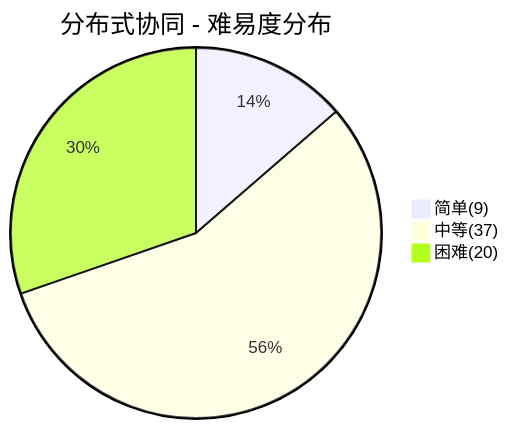
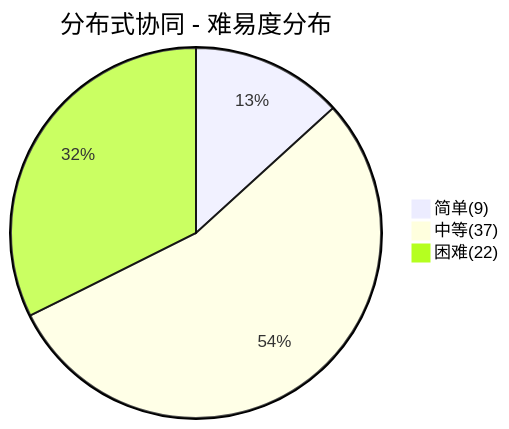
One commit to dunwu/waterdrop changed the second of 6 diagrams in docs/99.面试/分布式面试.md. Above: the diagram before and after it, drawn with Mermaid. The commit also changed other lines of this file and 13 other files, not shown here.

````diff
--- a/docs/99.面试/分布式面试.md
+++ b/docs/99.面试/分布式面试.md
@@ -89,6 +89,6 @@
 ```mermaid
 pie title 分布式协同 - 难易度分布
     "简单(9)" : 9
     "中等(37)" : 37
-    "困难(20)" : 20
+    "困难(22)" : 22
 ```
````
